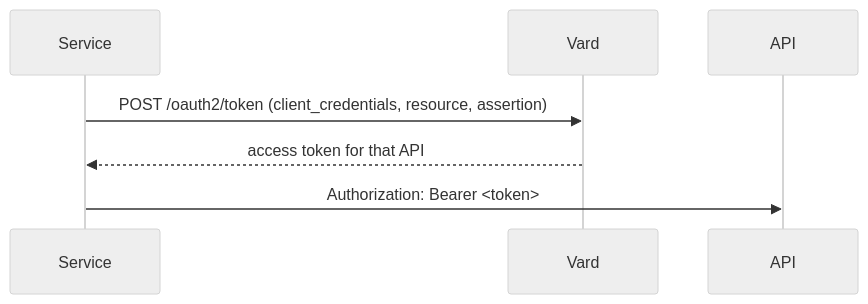
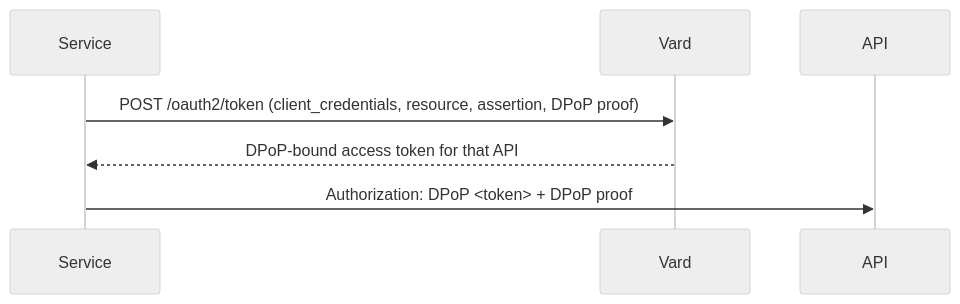
The fifth of 5 diagrams in docs/clients.md (a1i6ek/vard), drawn with Mermaid (neutral theme) before and after one commit. The commit also changed other lines of this file and 17 other files, not shown here.

````diff
--- a/docs/clients.md
+++ b/docs/clients.md
@@ -217,9 +222,9 @@
 ```mermaid
 sequenceDiagram
     participant J as Service
     participant V as Vard
     participant A as API
-    J->>V: POST /oauth2/token (client_credentials, resource, assertion)
-    V-->>J: access token for that API
-    J->>A: Authorization: Bearer <token>
+    J->>V: POST /oauth2/token (client_credentials, resource, assertion, DPoP proof)
+    V-->>J: DPoP-bound access token for that API
+    J->>A: Authorization: DPoP <token> + DPoP proof
 ```
````
